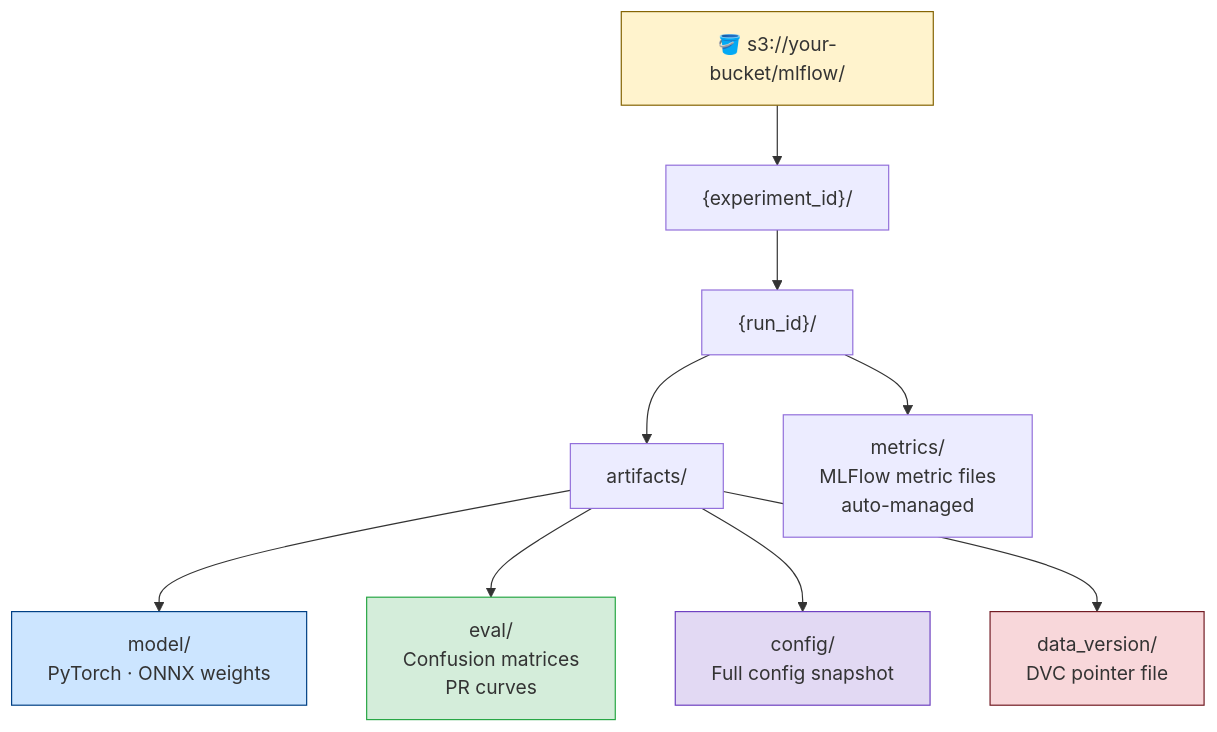
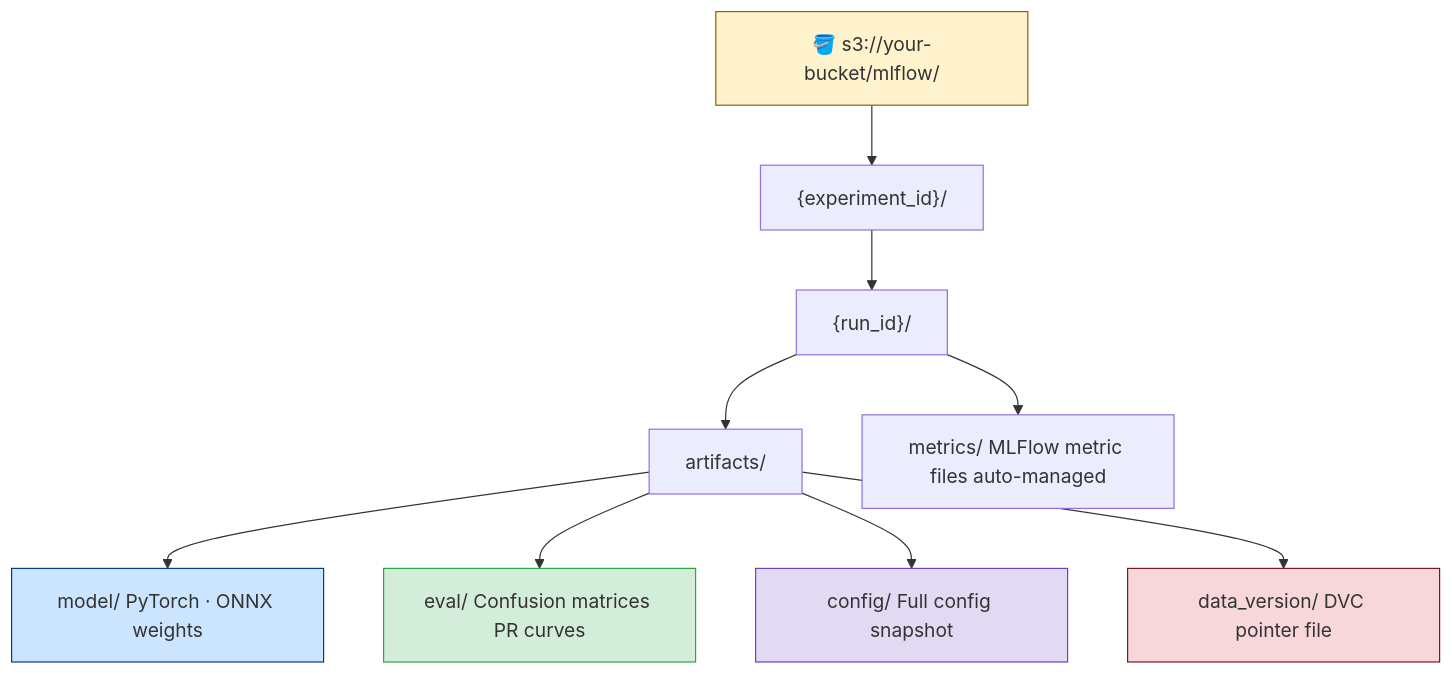
One commit to theja-vanka/blogs changed the third of 3 diagrams in posts/deployment/github-mlflow/index.qmd. Above: the diagram before and after it, drawn with Mermaid. The commit also changed other lines of this file and 96 other files, not shown here.

````diff
--- a/posts/deployment/github-mlflow/index.qmd
+++ b/posts/deployment/github-mlflow/index.qmd
@@ -672,32 +657,32 @@
 ```{mermaid}
 %%| label: fig-s3-layout
 %%| fig-cap: "S3 artifact storage hierarchy under MLFlow"
 %%| echo: false
 
 flowchart TD
     BUCKET["🪣 s3://your-bucket/mlflow/"]
     EXP["{experiment_id}/"]
     RUN["{run_id}/"]
     ART["artifacts/"]
-    MET["metrics/\nMLFlow metric files\nauto-managed"]
+    MET["metrics/ MLFlow metric files auto-managed"]
 
-    MODEL["model/\nPyTorch · ONNX weights"]
-    EVAL["eval/\nConfusion matrices\nPR curves"]
-    CONFIG["config/\nFull config snapshot"]
-    DATA["data_version/\nDVC pointer file"]
+    MODEL["model/ PyTorch · ONNX weights"]
+    EVAL["eval/ Confusion matrices PR curves"]
+    CONFIG["config/ Full config snapshot"]
+    DATA["data_version/ DVC pointer file"]
 
     BUCKET --> EXP
     EXP --> RUN
     RUN --> ART
     RUN --> MET
     ART --> MODEL
     ART --> EVAL
     ART --> CONFIG
     ART --> DATA
 
     style BUCKET fill:#fff3cd,stroke:#856404
     style MODEL  fill:#cce5ff,stroke:#004085
     style EVAL   fill:#d4edda,stroke:#28a745
     style CONFIG fill:#e2d9f3,stroke:#6f42c1
     style DATA   fill:#f8d7da,stroke:#721c24
 ```
````
